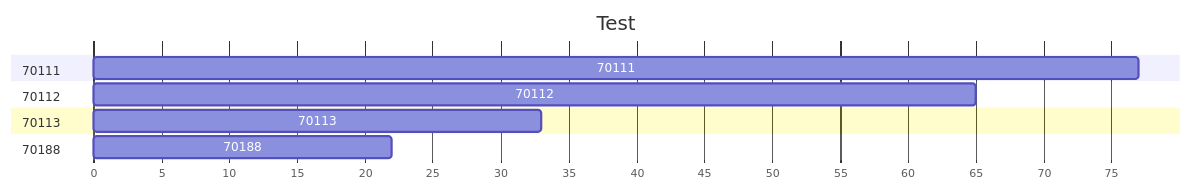
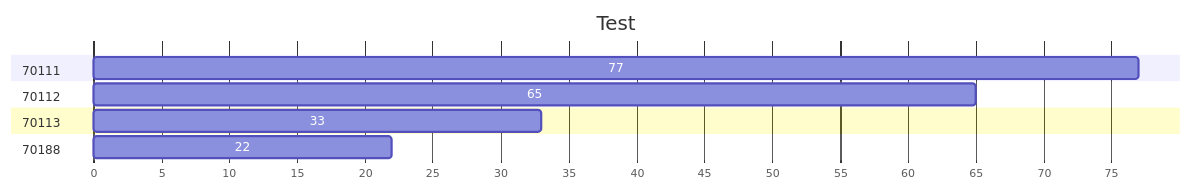
Before and after one commit to karistom/task-status: the diagram in README.md, drawn with Mermaid. The commit also changed other lines of this file, not shown here.

````diff
--- a/README.md
+++ b/README.md
@@ -13,19 +3,19 @@
 ```mermaid
 gantt
     title Test
     todayMarker off
     dateFormat  X
     axisFormat %s
 
     section 70111
-    70111   : 0, 77
+    77   : 0, 77
 
     section 70112
-    70112   : 0, 65
+    65   : 0, 65
 
     section 70113
-    70113   : 0, 33
+    33   : 0, 33
 
     section 70188
-    70188   : 0, 22
+    22   : 0, 22
 ```
````
